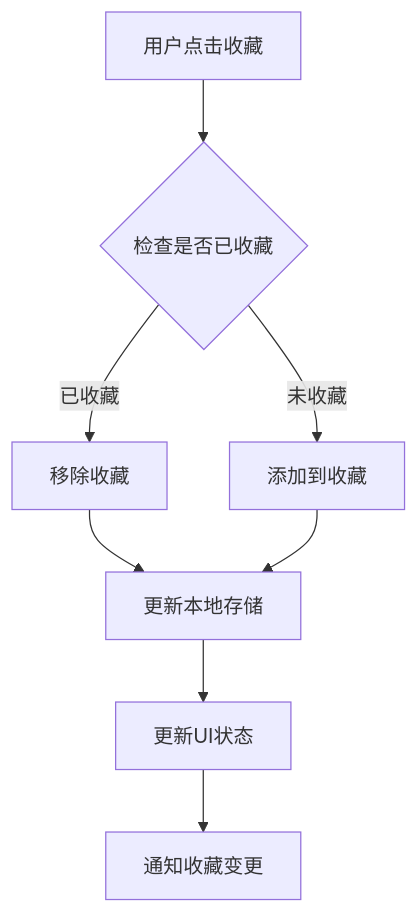
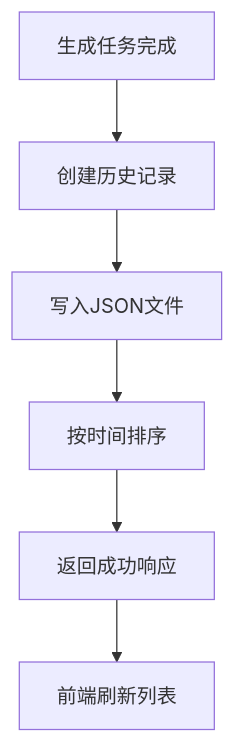
Diagram 11 of 12 in .qoder/repowiki/zh/content/核心功能模块/AI实验室模块.md (zuozuoliu740-cmd/xianxiong-news), drawn with Mermaid before and after one commit. The commit also changed other lines of this file and 6 other files, not shown here.

````diff
--- a/.qoder/repowiki/zh/content/核心功能模块/AI实验室模块.md
+++ b/.qoder/repowiki/zh/content/核心功能模块/AI实验室模块.md
@@ -320,10 +447,8 @@
 ```mermaid
 flowchart TD
-A[用户点击收藏] --> B{检查是否已收藏}
-B --> |已收藏| C[移除收藏]
-B --> |未收藏| D[添加到收藏]
-C --> E[更新本地存储]
-D --> E
-E --> F[更新UI状态]
-F --> G[通知收藏变更]
+A[生成任务完成] --> B[创建历史记录]
+B --> C[写入JSON文件]
+C --> D[按时间排序]
+D --> E[返回成功响应]
+E --> F[前端刷新列表]
 ```
````
